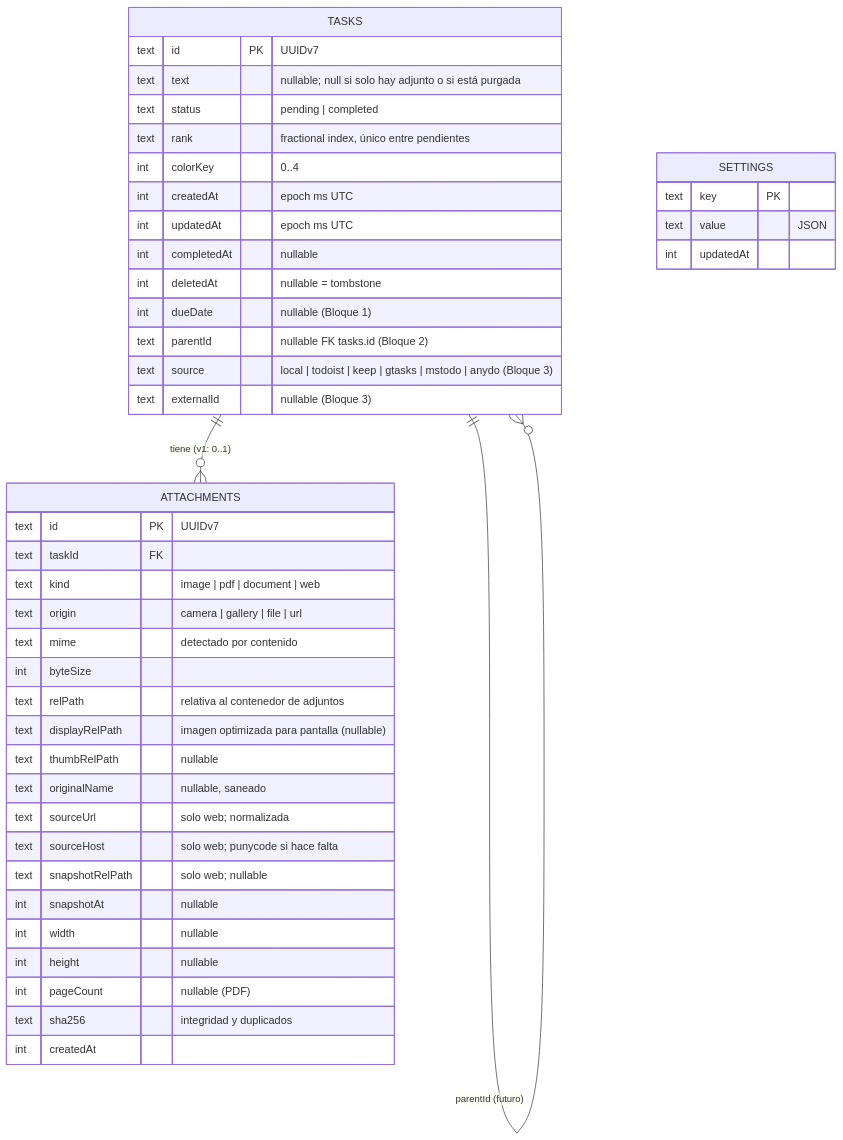
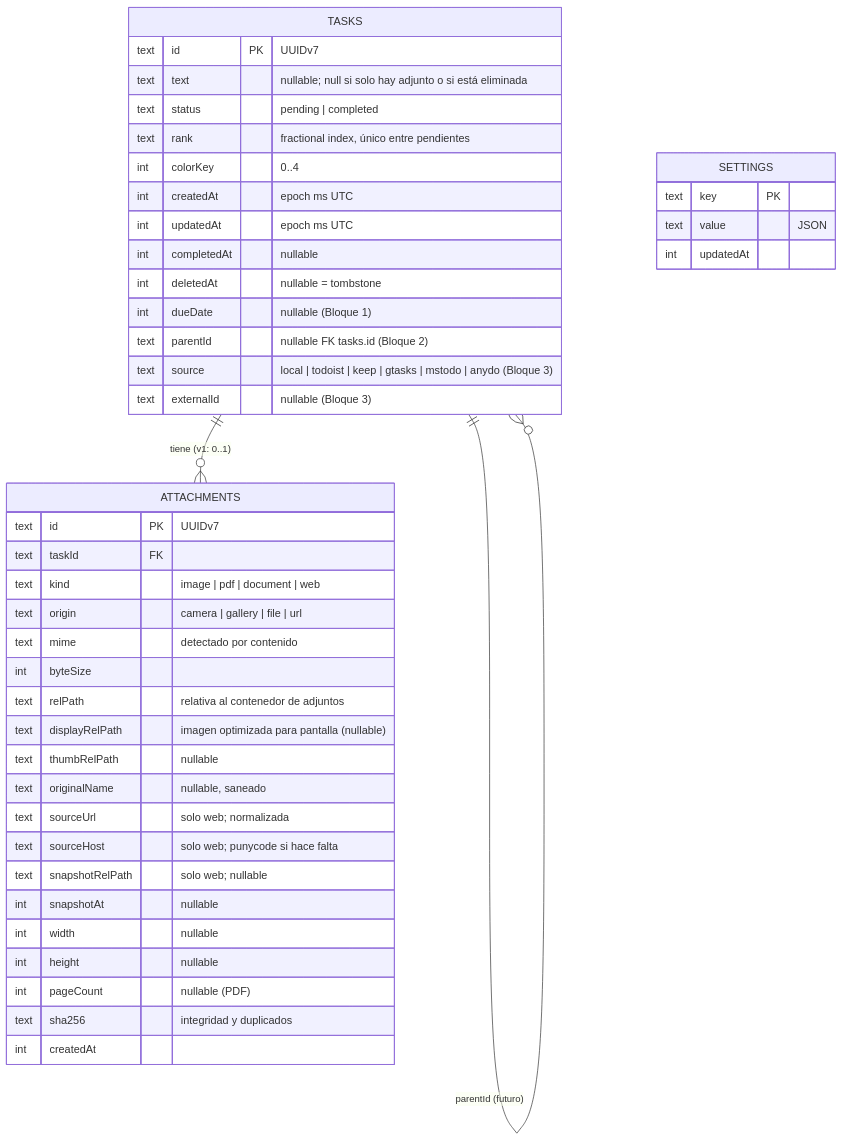
One commit to svallev/una changed the third of 4 diagrams in docs/architecture.md. Above: the diagram before and after it, drawn with Mermaid. The commit also changed other lines of this file and 66 other files, not shown here.

````diff
--- a/docs/architecture.md
+++ b/docs/architecture.md
@@ -94,46 +93,46 @@
 ```mermaid
 erDiagram
   TASKS ||--o{ ATTACHMENTS : "tiene (v1: 0..1)"
   TASKS ||--o{ TASKS : "parentId (futuro)"
   TASKS {
     text id PK "UUIDv7"
-    text text "nullable; null si solo hay adjunto o si está purgada"
+    text text "nullable; null si solo hay adjunto o si está eliminada"
     text status "pending | completed"
     text rank "fractional index, único entre pendientes"
     int colorKey "0..4"
     int createdAt "epoch ms UTC"
     int updatedAt "epoch ms UTC"
     int completedAt "nullable"
     int deletedAt "nullable = tombstone"
     int dueDate "nullable (Bloque 1)"
     text parentId "nullable FK tasks.id (Bloque 2)"
     text source "local | todoist | keep | gtasks | mstodo | anydo (Bloque 3)"
     text externalId "nullable (Bloque 3)"
   }
   ATTACHMENTS {
     text id PK "UUIDv7"
     text taskId FK
     text kind "image | pdf | document | web"
     text origin "camera | gallery | file | url"
     text mime "detectado por contenido"
     int byteSize
     text relPath "relativa al contenedor de adjuntos"
     text displayRelPath "imagen optimizada para pantalla (nullable)"
     text thumbRelPath "nullable"
     text originalName "nullable, saneado"
     text sourceUrl "solo web; normalizada"
     text sourceHost "solo web; punycode si hace falta"
     text snapshotRelPath "solo web; nullable"
     int snapshotAt "nullable"
     int width "nullable"
     int height "nullable"
     int pageCount "nullable (PDF)"
     text sha256 "integridad y duplicados"
     int createdAt
   }
   SETTINGS {
     text key PK
     text value "JSON"
     int updatedAt
   }
 ```
````
